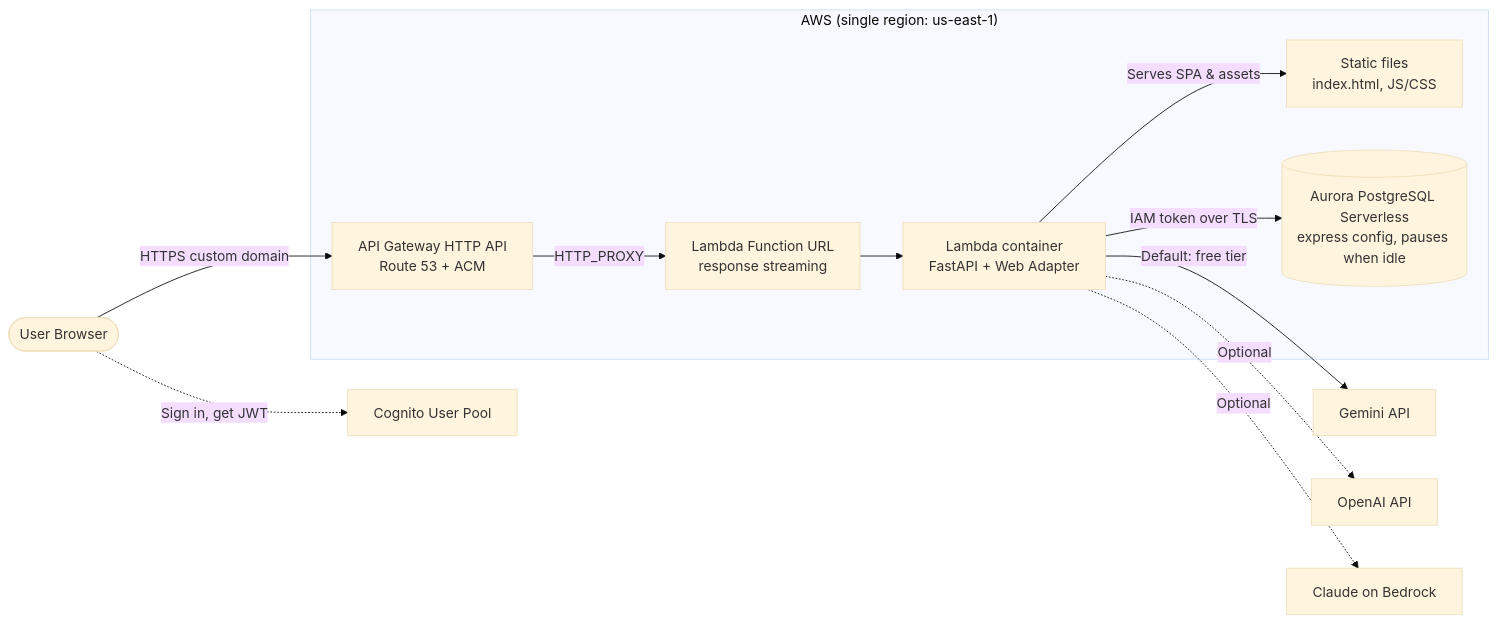
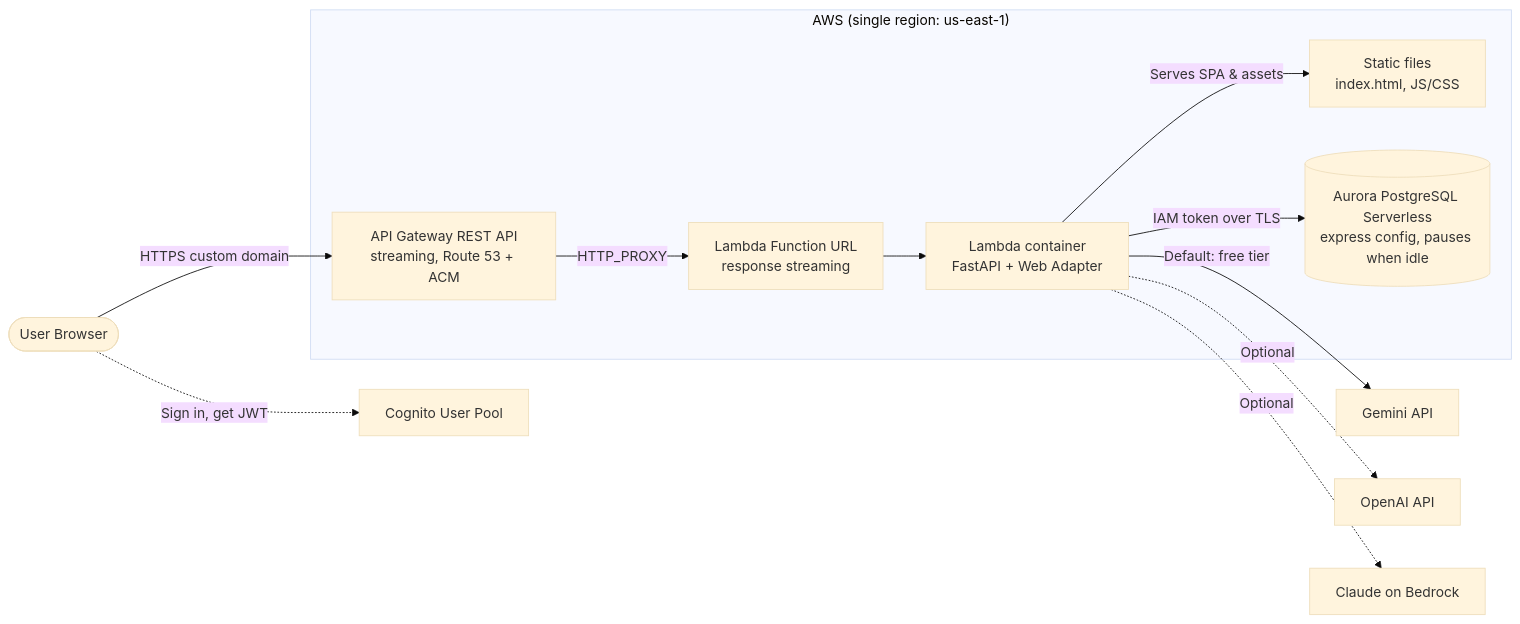
One commit to taitrd/ai-powered-chat changed the diagram in docs/diagrams/plan-architecture.mmd. Above: the diagram before and after it, drawn with Mermaid (base theme). The commit also changed 8 other files, not shown here.

Commit message:
refactor: migrate API gateway from http api to rest api with response streaming

```diff
--- a/docs/diagrams/plan-architecture.mmd
+++ b/docs/diagrams/plan-architecture.mmd
@@ -1,14 +1,14 @@
 flowchart LR
-    Client([User Browser]) -->|HTTPS custom domain| APIGW[API Gateway HTTP API<br/>Route 53 + ACM]
+    Client([User Browser]) -->|HTTPS custom domain| APIGW[API Gateway REST API<br/>streaming, Route 53 + ACM]
     Client -.->|Sign in, get JWT| Cognito[Cognito User Pool]
 
     subgraph AWS["AWS (single region: us-east-1)"]
         APIGW -->|HTTP_PROXY| URL[Lambda Function URL<br/>response streaming]
         URL --> Lambda[Lambda container<br/>FastAPI + Web Adapter]
         Lambda -->|Serves SPA & assets| Static[Static files<br/>index.html, JS/CSS]
         Lambda -->|IAM token over TLS| Aurora[(Aurora PostgreSQL Serverless<br/>express config, pauses when idle)]
     end
 
     Lambda -->|Default: free tier| Gemini[Gemini API]
     Lambda -.->|Optional| OpenAI[OpenAI API]
     Lambda -.->|Optional| Bedrock[Claude on Bedrock]
```
